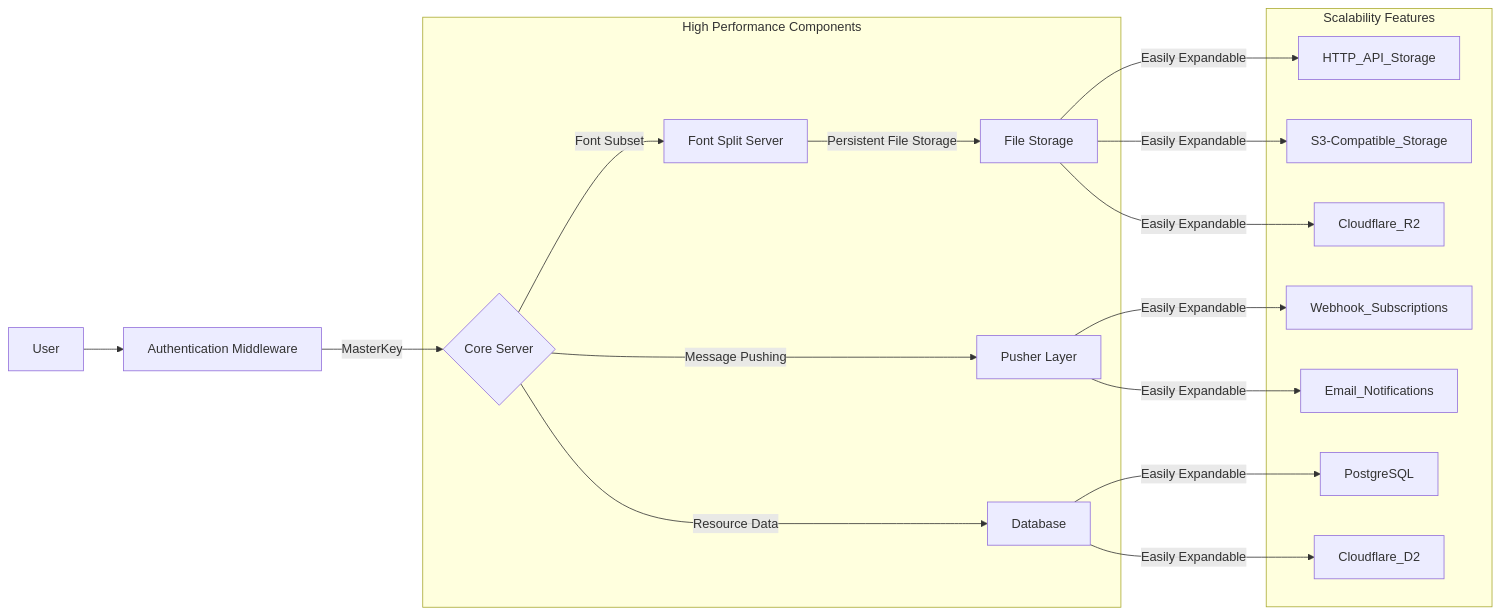
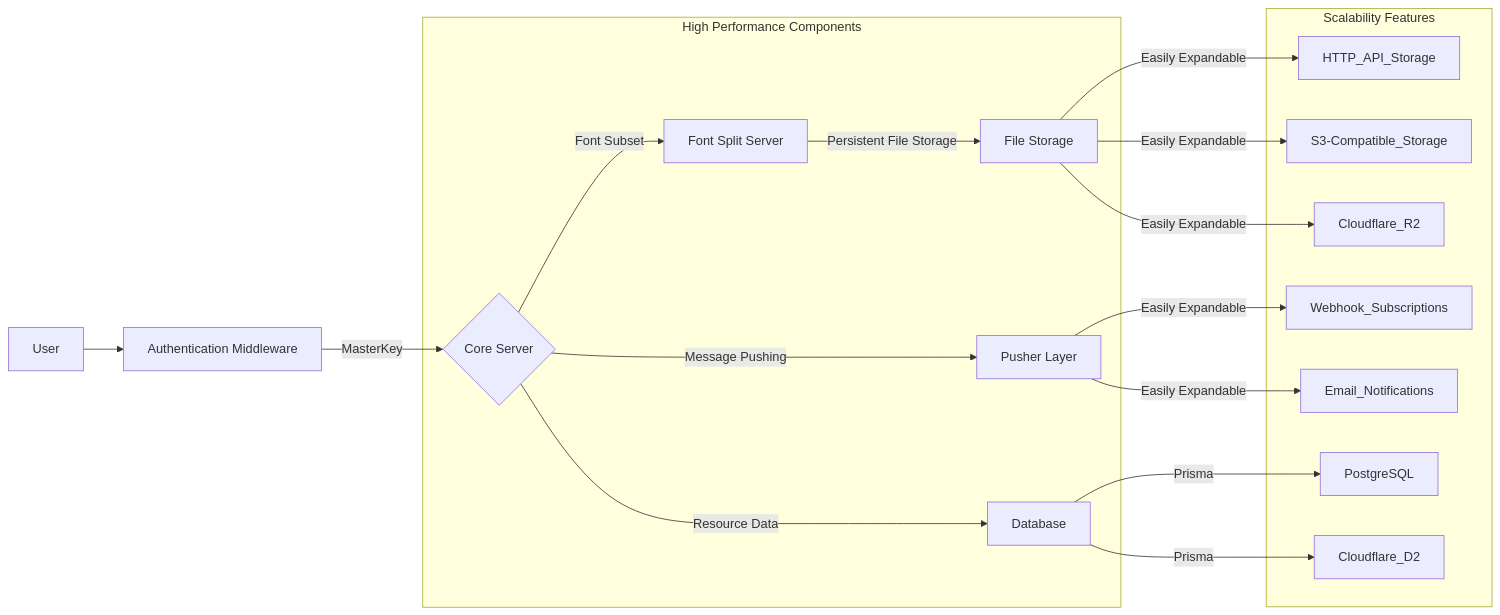
The diagram in V2Update.md (KonghaYao/font-server), drawn with Mermaid before and after one commit. The commit also changed 4 other files, not shown here.

````diff
--- a/V2Update.md
+++ b/V2Update.md
@@ -19,26 +19,26 @@
 ```mermaid
 graph LR;
     User[User] --> AuthMiddleware
     AuthMiddleware[Authentication Middleware] -->| MasterKey | CoreServer{Core Server}
     FileStorage[File Storage]
     PusherLayer[Pusher Layer]
     Database[Database]
     FontSplitServer[Font Split Server]
 
     subgraph "High Performance Components"
         CoreServer -->| Message Pushing | PusherLayer
         CoreServer -->| Resource Data | Database
         CoreServer -->| Font Subset | FontSplitServer
         FontSplitServer -->| Persistent File Storage | FileStorage
     end
 
     subgraph "Scalability Features"
         FileStorage -->| Easily Expandable | HTTP_API_Storage
         FileStorage -->| Easily Expandable | S3-Compatible_Storage
         FileStorage -->| Easily Expandable | Cloudflare_R2
         PusherLayer -->| Easily Expandable | Webhook_Subscriptions
         PusherLayer -->| Easily Expandable | Email_Notifications
-        Database -->| Easily Expandable | PostgreSQL
-        Database -->| Easily Expandable | Cloudflare_D2
+        Database -->| Prisma | PostgreSQL
+        Database -->| Prisma | Cloudflare_D2
     end
 ```
````
